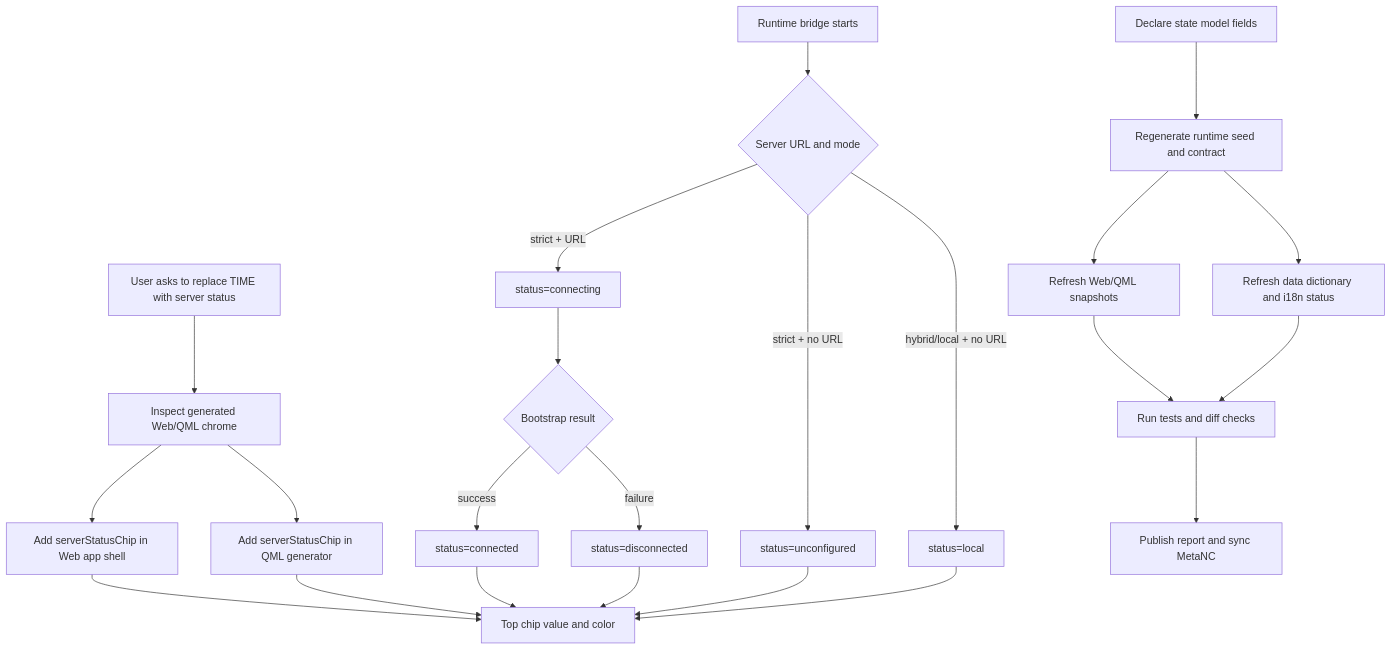
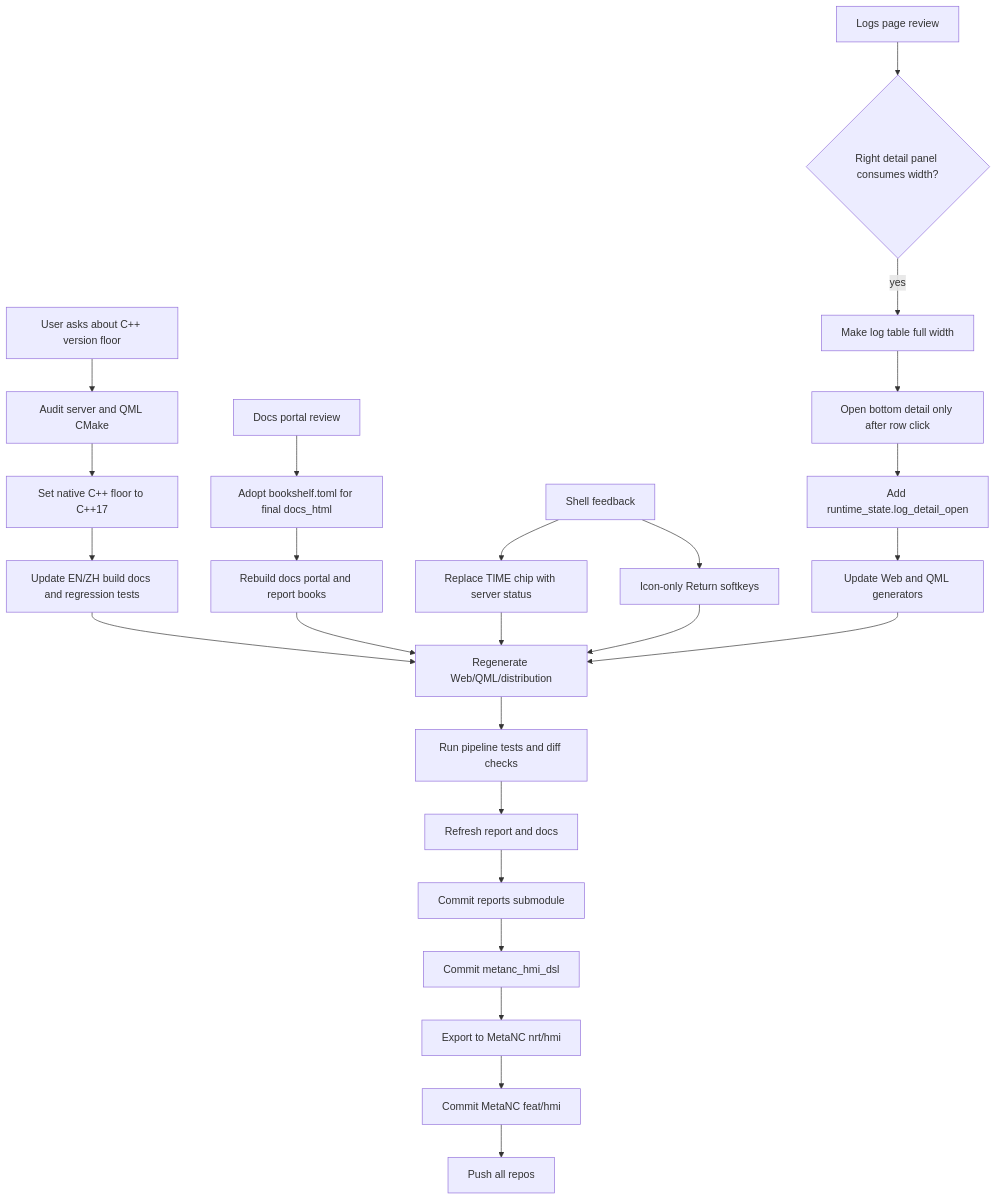
Before and after one commit to luppiterw/metanc_hmi_dsl_reports: the diagram in 2026-05-06-codex-session/workflow-diagram.md, drawn with Mermaid. The commit also changed other lines of this file and 15 other files, not shown here.

First line of the commit message:
reports: refresh 2026-05-06 HMI session

````diff
--- a/2026-05-06-codex-session/workflow-diagram.md
+++ b/2026-05-06-codex-session/workflow-diagram.md
@@ -3,28 +3,31 @@
 ```mermaid
 flowchart TD
-    A[User asks to replace TIME with server status] --> B[Inspect generated Web/QML chrome]
-    B --> C[Add serverStatusChip in Web app shell]
-    B --> D[Add serverStatusChip in QML generator]
+    A[User asks about C++ version floor] --> B[Audit server and QML CMake]
+    B --> C[Set native C++ floor to C++17]
+    C --> D[Update EN/ZH build docs and regression tests]
 
-    E[Runtime bridge starts] --> F{Server URL and mode}
-    F -->|strict + URL| G[status=connecting]
-    F -->|strict + no URL| H[status=unconfigured]
-    F -->|hybrid/local + no URL| I[status=local]
-    G --> J{Bootstrap result}
-    J -->|success| K[status=connected]
-    J -->|failure| L[status=disconnected]
+    E[Docs portal review] --> F[Adopt bookshelf.toml for final docs_html]
+    F --> G[Rebuild docs portal and report books]
 
-    C --> M[Top chip value and color]
-    D --> M
-    K --> M
-    L --> M
-    H --> M
-    I --> M
+    H[Shell feedback] --> I[Replace TIME chip with server status]
+    H --> J[Icon-only Return softkeys]
 
-    N[Declare state model fields] --> O[Regenerate runtime seed and contract]
-    O --> P[Refresh Web/QML snapshots]
-    O --> Q[Refresh data dictionary and i18n status]
-    P --> R[Run tests and diff checks]
-    Q --> R
-    R --> S[Publish report and sync MetaNC]
+    K[Logs page review] --> L{Right detail panel consumes width?}
+    L -->|yes| M[Make log table full width]
+    M --> N[Open bottom detail only after row click]
+    N --> O[Add runtime_state.log_detail_open]
+    O --> P[Update Web and QML generators]
+
+    D --> Q[Regenerate Web/QML/distribution]
+    G --> Q
+    I --> Q
+    J --> Q
+    P --> Q
+    Q --> R[Run pipeline tests and diff checks]
+    R --> S[Refresh report and docs]
+    S --> T[Commit reports submodule]
+    T --> U[Commit metanc_hmi_dsl]
+    U --> V[Export to MetaNC nrt/hmi]
+    V --> W[Commit MetaNC feat/hmi]
+    W --> X[Push all repos]
 ```
````
